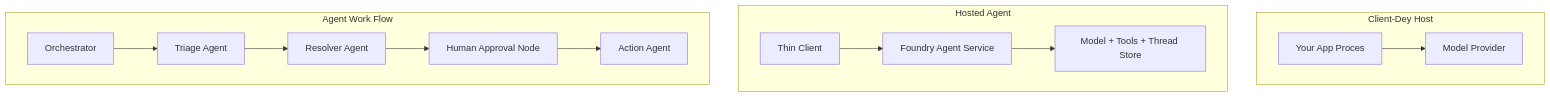
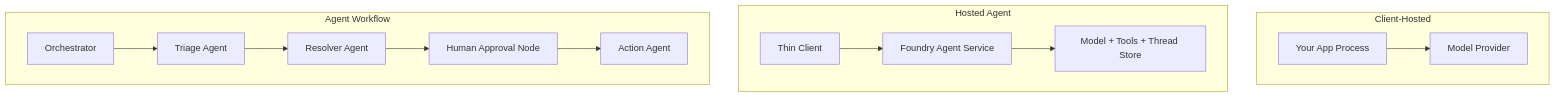
Before and after one commit to microsoft/ai-agents-for-beginners: the first of 4 diagrams in translations/pcm/16-deploying-scalable-agents/README.md, drawn with Mermaid. The commit also changed other lines of this file and 46 other files, not shown here.

````diff
--- a/translations/pcm/16-deploying-scalable-agents/README.md
+++ b/translations/pcm/16-deploying-scalable-agents/README.md
@@ -87,16 +87,16 @@
 ```mermaid
 flowchart TB
-    subgraph P1[Client-Dey Host]
-        A1[Your App Proces] --> M1[Model Provider]
+    subgraph P1[Client-Hosted]
+        A1[Your App Process] --> M1[Model Provider]
     end
     subgraph P2[Hosted Agent]
         A2[Thin Client] --> F2[Foundry Agent Service]
         F2 --> M2[Model + Tools + Thread Store]
     end
-    subgraph P3[Agent Work Flow]
+    subgraph P3[Agent Workflow]
         A3[Orchestrator] --> S1[Triage Agent]
         S1 --> S2[Resolver Agent]
         S2 --> H[Human Approval Node]
         H --> S3[Action Agent]
     end
 ```
````
